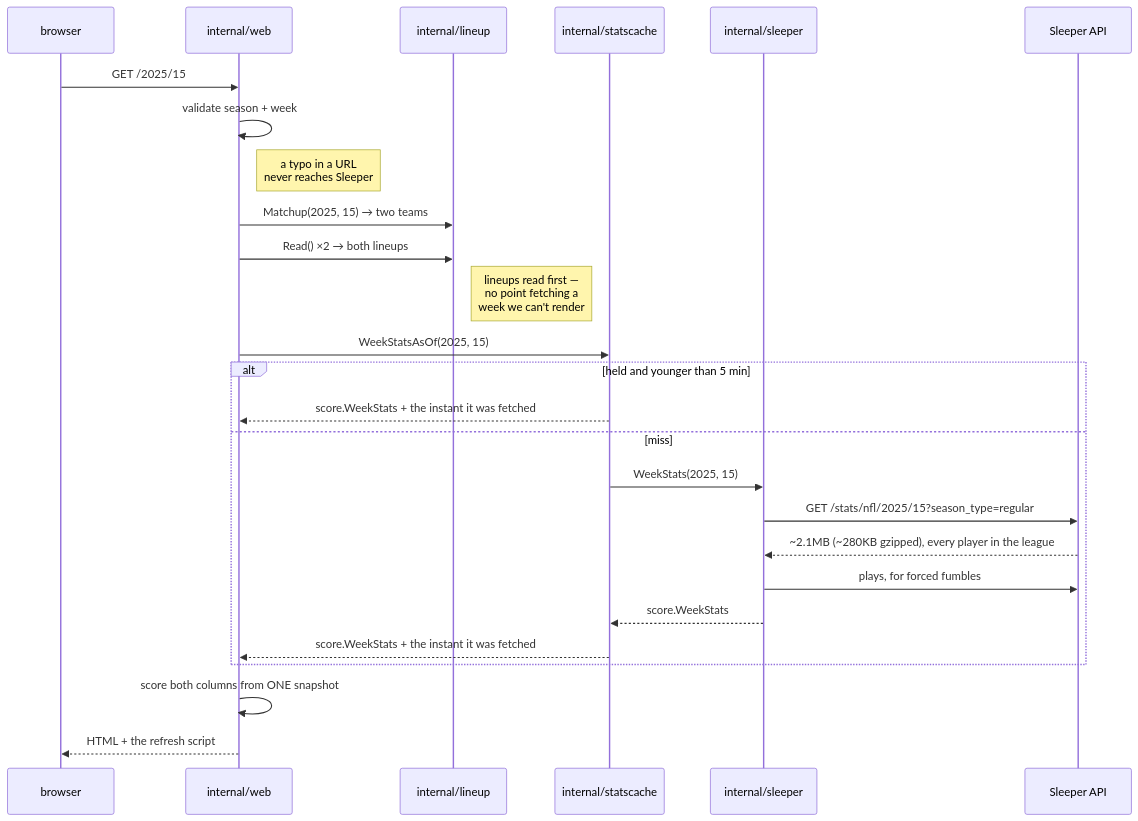
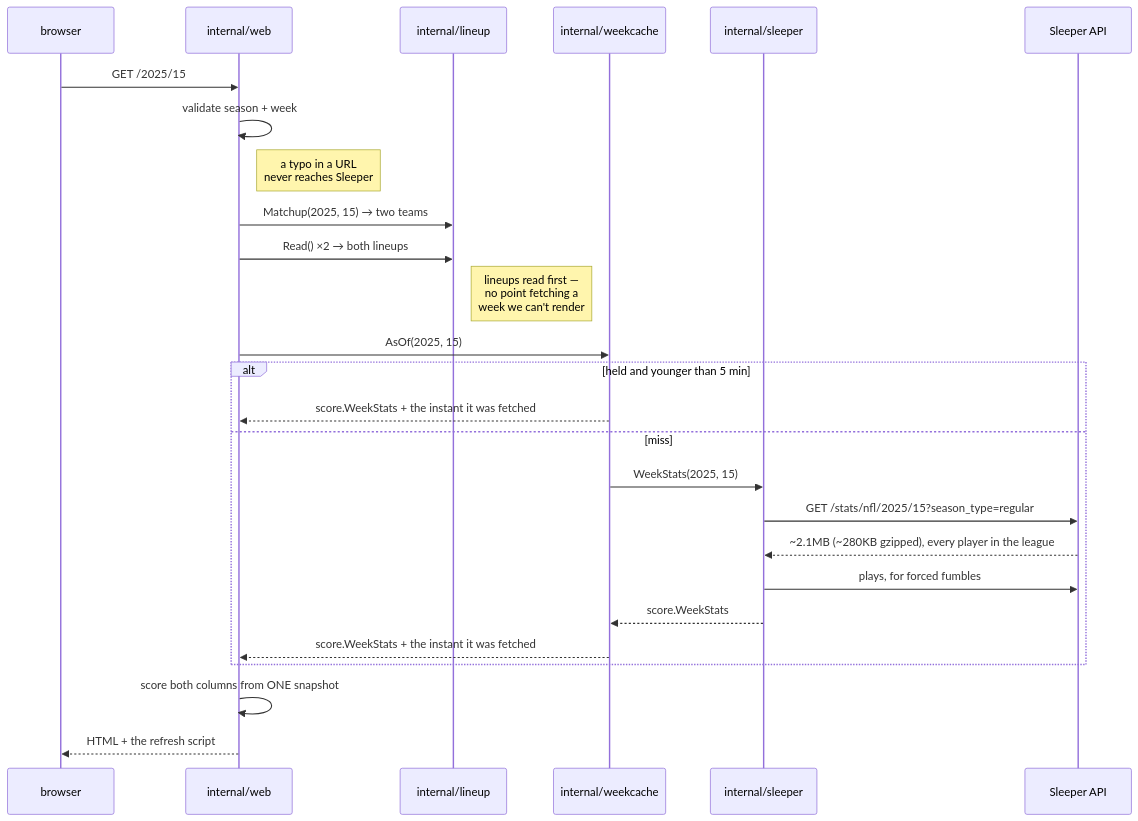
Before and after one commit to eshifrin-606/bojjaes: the fifth of 9 diagrams in docs/architecture.md, drawn with Mermaid. The commit also changed 2 other files, not shown here.

Commit message:
Update weekcache package comment and docs for the generic cache

````diff
--- a/docs/architecture.md
+++ b/docs/architecture.md
@@ -149,29 +149,29 @@
 ```mermaid
 sequenceDiagram
     participant B as browser
     participant W as internal/web
     participant R as internal/lineup
-    participant C as internal/statscache
+    participant C as internal/weekcache
     participant S as internal/sleeper
     participant X as Sleeper API
 
     B->>W: GET /2025/15
     W->>W: validate season + week
     Note right of W: a typo in a URL<br/>never reaches Sleeper
     W->>R: Matchup(2025, 15) → two teams
     W->>R: Read() ×2 → both lineups
     Note right of R: lineups read first —<br/>no point fetching a<br/>week we can't render
-    W->>C: WeekStatsAsOf(2025, 15)
+    W->>C: AsOf(2025, 15)
     alt held and younger than 5 min
         C-->>W: score.WeekStats + the instant it was fetched
     else miss
         C->>S: WeekStats(2025, 15)
         S->>X: GET /stats/nfl/2025/15?season_type=regular
         X-->>S: ~2.1MB (~280KB gzipped), every player in the league
         S->>X: plays, for forced fumbles
         S-->>C: score.WeekStats
         C-->>W: score.WeekStats + the instant it was fetched
     end
     W->>W: score both columns from ONE snapshot
     W-->>B: HTML + the refresh script
 ```
````
